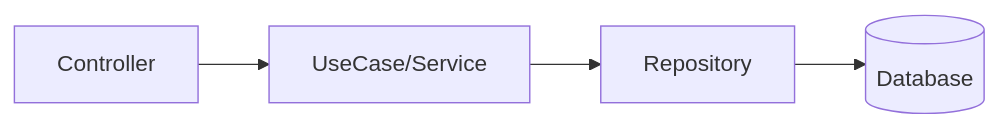
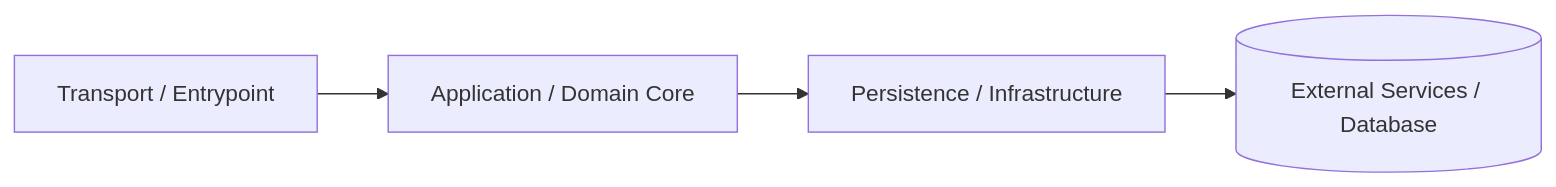
The diagram in rules/staff-engineer-review.md (rodrigocnascimento/bot-configs), drawn with Mermaid before and after one commit. The commit also changed other lines of this file and 15 other files, not shown here.

Commit message:
feat(review): implement polyglot and architecture-aware backend code review (v2.2.0)

````diff
--- a/rules/staff-engineer-review.md
+++ b/rules/staff-engineer-review.md
@@ -30,6 +30,6 @@
 ```mermaid
 graph LR
-  A[Controller] --> B[UseCase/Service]
-  B --> C[Repository]
-  C --> D[(Database)]
+  A[Transport / Entrypoint] --> B[Application / Domain Core]
+  B --> C[Persistence / Infrastructure]
+  C --> D[(External Services / Database)]
 ```
````
